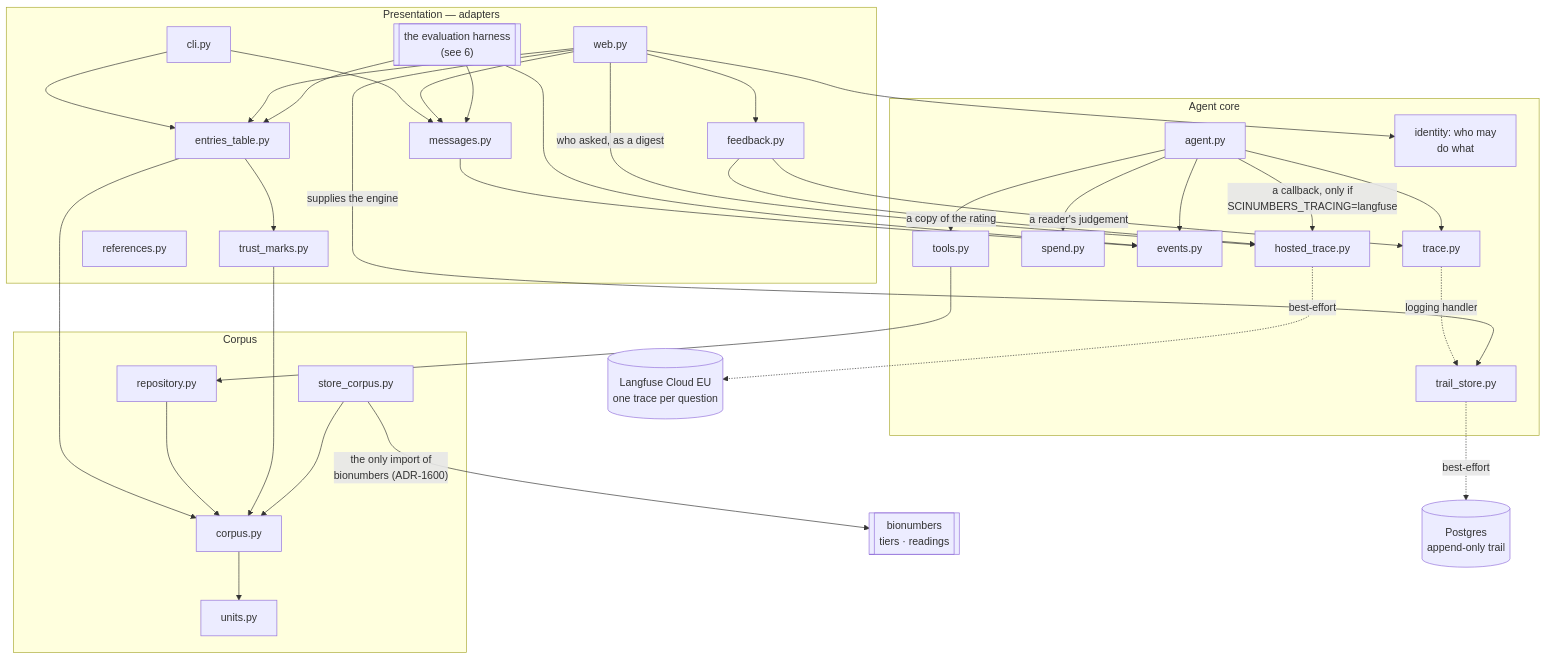
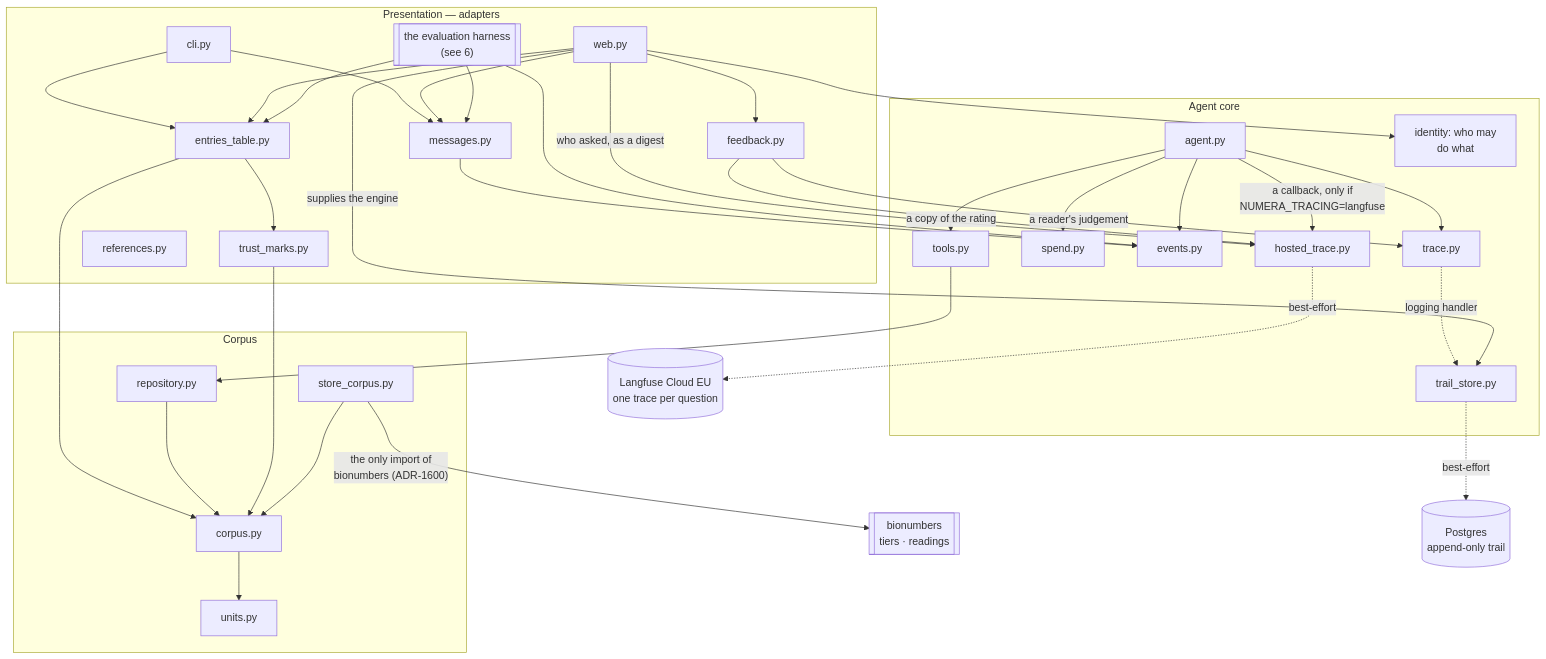
One commit to DukeOfErl/Numera changed the third of 14 diagrams in docs/diagrams/architecture.md. Above: the diagram before and after it, drawn with Mermaid. The commit also changed other lines of this file and 225 other files, not shown here.

````diff
--- a/docs/diagrams/architecture.md
+++ b/docs/diagrams/architecture.md
@@ -88,63 +88,63 @@
 ```mermaid
 flowchart TB
     subgraph presentation["Presentation — adapters"]
         cli[cli.py]
         web[web.py]
         harness[["the evaluation harness<br/>(see 6)"]]
         messages[messages.py]
         table[entries_table.py]
         fb[feedback.py]
         tm[trust_marks.py]
         refs[references.py]
     end
     subgraph core["Agent core"]
         agent[agent.py]
         tools[tools.py]
         spend[spend.py]
         events[events.py]
         trace[trace.py]
         store[trail_store.py]
         ht[hosted_trace.py]
         identity[identity: who may<br/>do what]
     end
     subgraph data["Corpus"]
         corpus[corpus.py]
         repo[repository.py]
         units[units.py]
         sc[store_corpus.py]
     end
     bn[["bionumbers<br/>tiers · readings"]]
     pg[("Postgres<br/>append-only trail")]
     lf[("Langfuse Cloud EU<br/>one trace per question")]
 
     cli --> messages
     web --> messages
     harness --> messages
     messages --> events
     cli --> table
     web --> table
     harness --> table
     table --> corpus
     harness --> events
     agent --> tools
     agent --> spend
     agent --> events
     agent --> trace
     tools --> repo
     repo --> corpus
     corpus --> units
     table --> tm
     tm --> corpus
     sc --> corpus
     sc -- "the only import of<br/>bionumbers (ADR-1600)" --> bn
     trace -. "logging handler" .-> store
     store -. "best-effort" .-> pg
     web -- "supplies the engine" --> store
     web --> fb
     fb -- "a reader's judgement" --> trace
     web --> identity
-    agent -- "a callback, only if<br/>SCINUMBERS_TRACING=langfuse" --> ht
+    agent -- "a callback, only if<br/>NUMERA_TRACING=langfuse" --> ht
     web -- "who asked, as a digest" --> ht
     fb -- "a copy of the rating" --> ht
     ht -. "best-effort" .-> lf
 ```
````
